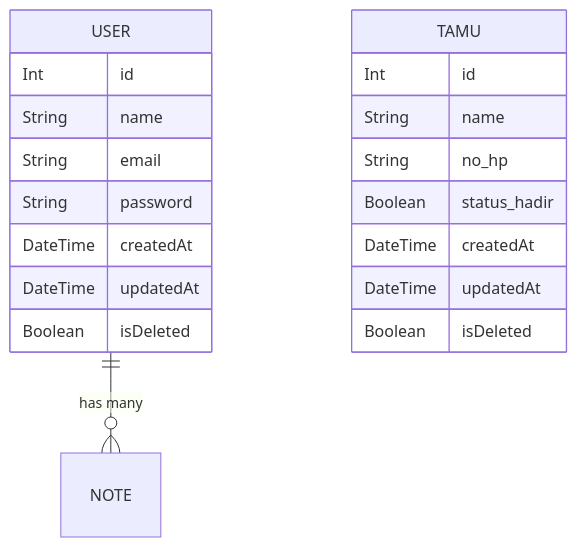
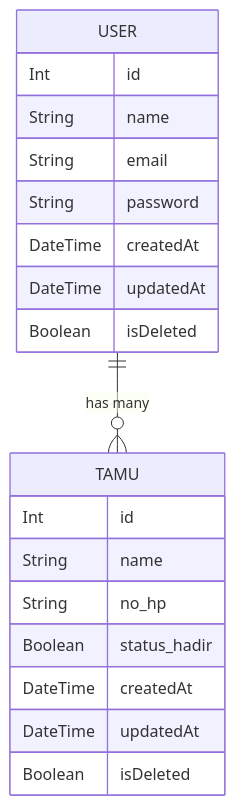
Before and after one commit to DimKFPS/bootcamp-kilat: the diagram in README.md, drawn with Mermaid. The commit also changed other lines of this file, not shown here.

````diff
--- a/README.md
+++ b/README.md
@@ -47,24 +45,24 @@
 ```mermaid
 erDiagram
     USER {
         Int id
         String name
         String email
         String password
         DateTime createdAt
         DateTime updatedAt
         Boolean isDeleted
     }
 
     TAMU {
         Int id
         String name
         String no_hp
         Boolean status_hadir
         DateTime createdAt
         DateTime updatedAt
         Boolean isDeleted
     }
 
-    USER ||--o{ NOTE : "has many"
+    USER ||--o{ TAMU : "has many"
 ```
````
